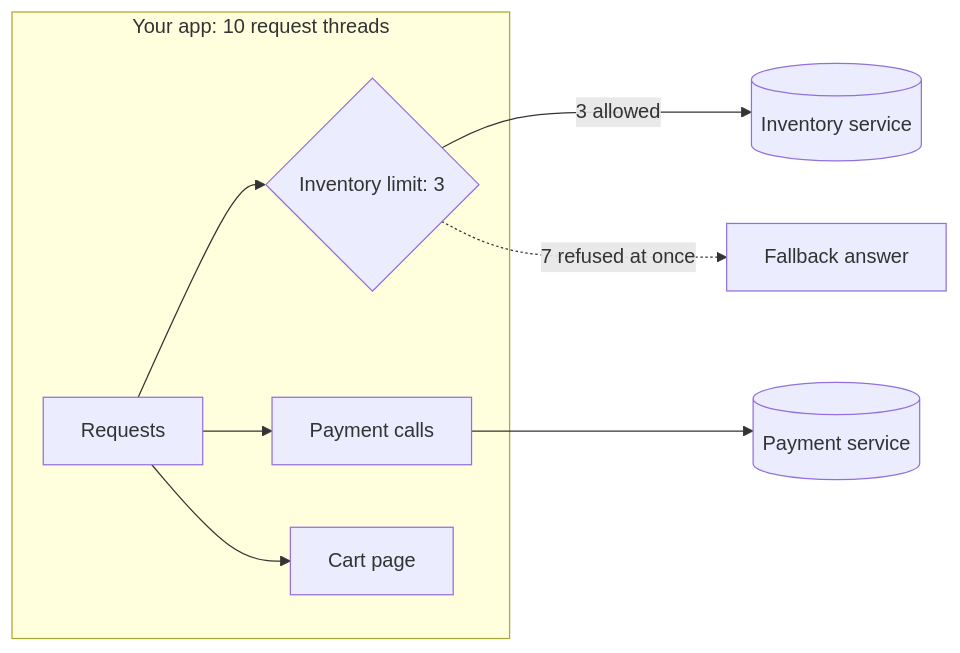
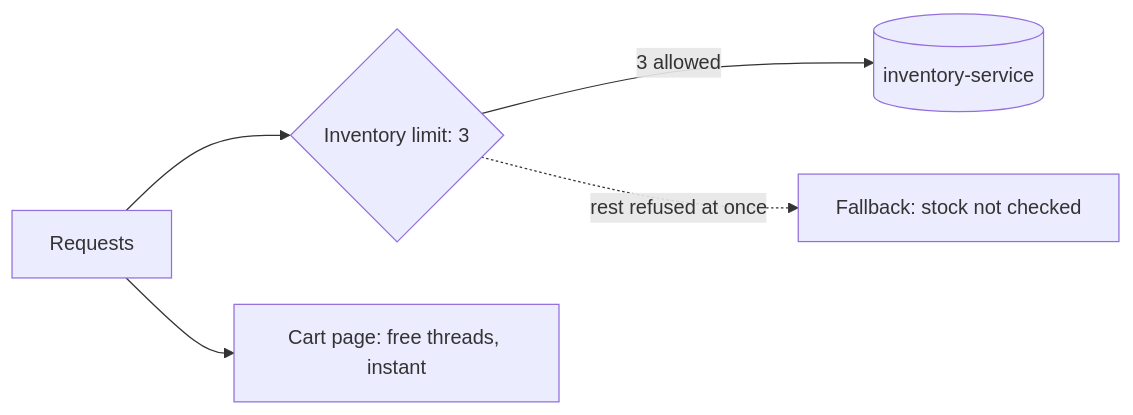
The second of 2 diagrams in notes/01-resilience/06-bulkhead.md (jubin-techwiz/learning), drawn with Mermaid before and after one commit. The commit also changed other lines of this file and 11 other files, not shown here.

````diff
--- a/notes/01-resilience/06-bulkhead.md
+++ b/notes/01-resilience/06-bulkhead.md
@@ -42,12 +39,7 @@
 ```mermaid
 flowchart LR
-    subgraph app[Your app: 10 request threads]
-        R[Requests]
-        R --> I{Inventory limit: 3}
-        R --> P[Payment calls]
-        R --> C[Cart page]
-    end
-    I -->|3 allowed| INV[(Inventory service)]
-    I -.->|7 refused at once| F[Fallback answer]
-    P --> PAY[(Payment service)]
+    R[Requests] --> L{Inventory limit: 3}
+    L -->|3 allowed| I[(inventory-service)]
+    L -.->|rest refused at once| F[Fallback: stock not checked]
+    R --> C[Cart page: free threads, instant]
 ```
````
